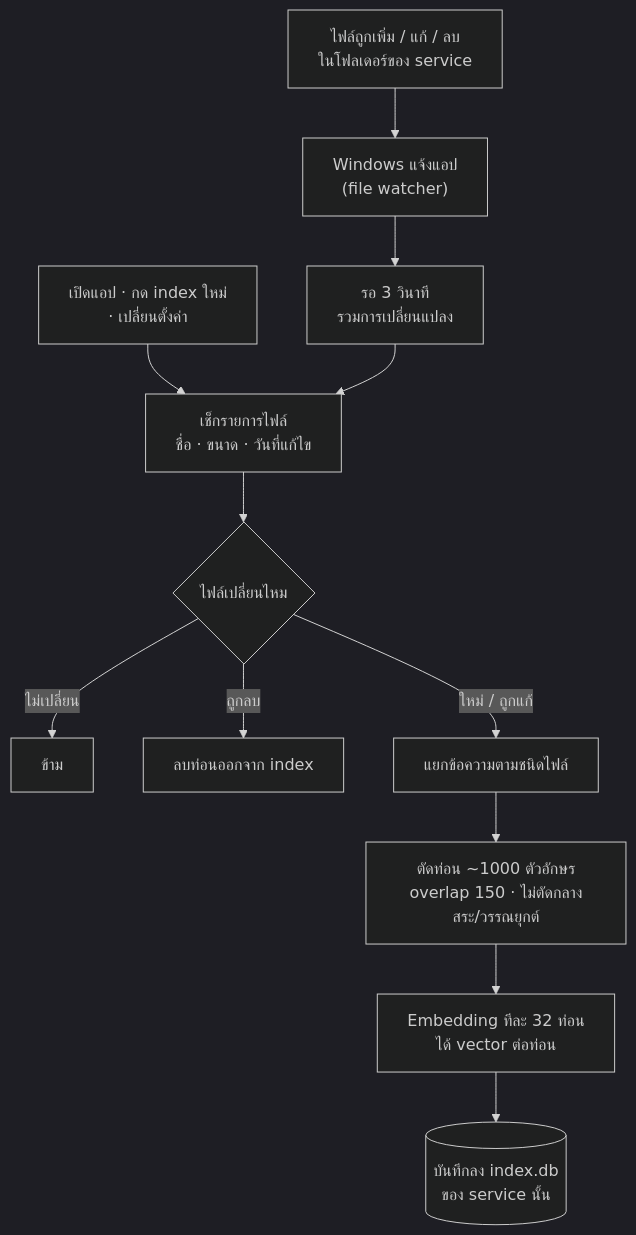
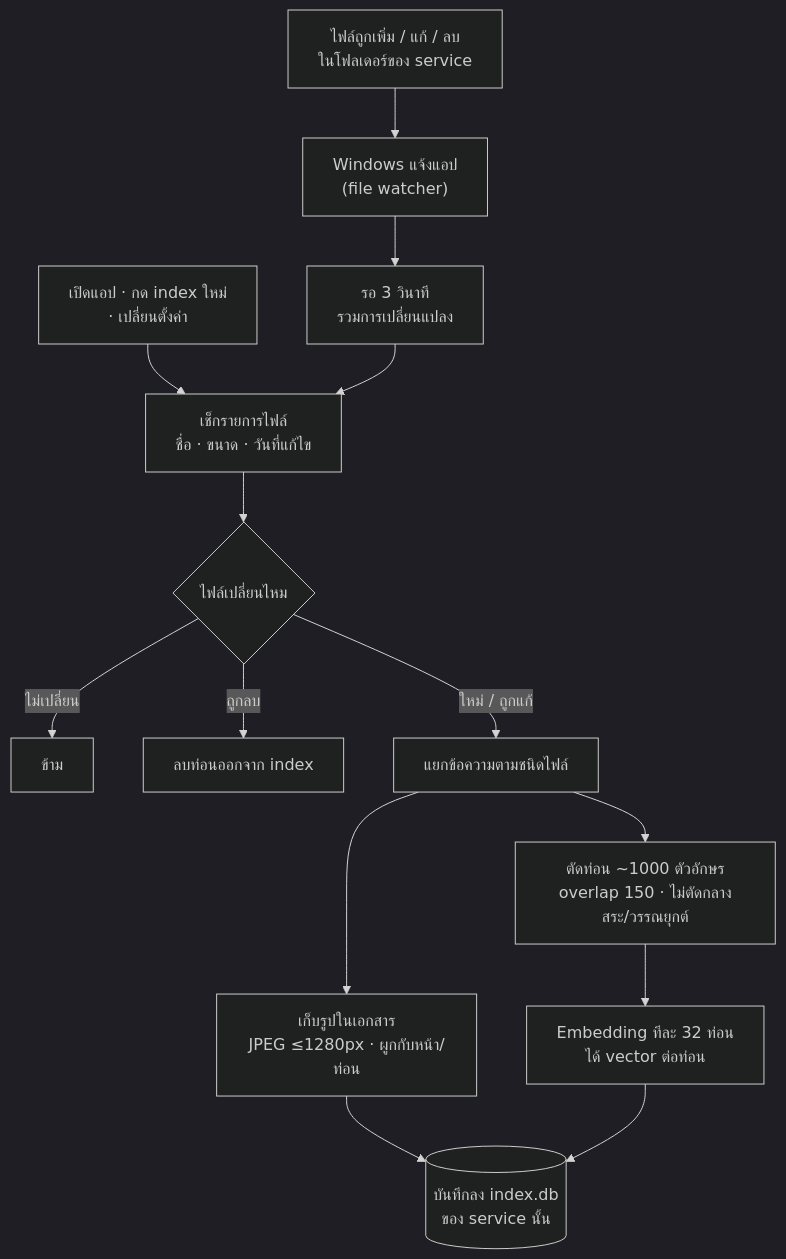
One commit to bebarboss/local_notebook changed the second of 5 diagrams in README.md. Above: the diagram before and after it, drawn with Mermaid (dark theme). The commit also changed other lines of this file and 26 other files, not shown here.

````diff
--- a/README.md
+++ b/README.md
@@ -72,13 +76,15 @@
 ```mermaid
 flowchart TD
     A["ไฟล์ถูกเพิ่ม / แก้ / ลบ<br/>ในโฟลเดอร์ของ service"] --> B["Windows แจ้งแอป<br/>(file watcher)"]
     S["เปิดแอป · กด index ใหม่<br/>· เปลี่ยนตั้งค่า"] --> C
     B --> W["รอ 3 วินาที<br/>รวมการเปลี่ยนแปลง"] --> C["เช็กรายการไฟล์<br/>ชื่อ · ขนาด · วันที่แก้ไข"]
     C --> D{"ไฟล์เปลี่ยนไหม"}
     D -->|ไม่เปลี่ยน| SKIP["ข้าม"]
     D -->|ถูกลบ| DEL["ลบท่อนออกจาก index"]
     D -->|ใหม่ / ถูกแก้| E["แยกข้อความตามชนิดไฟล์"]
     E --> G["ตัดท่อน ~1000 ตัวอักษร<br/>overlap 150 · ไม่ตัดกลางสระ/วรรณยุกต์"]
+    E --> P["เก็บรูปในเอกสาร<br/>JPEG ≤1280px · ผูกกับหน้า/ท่อน"]
+    P --> I
     G --> H["Embedding ทีละ 32 ท่อน<br/>ได้ vector ต่อท่อน"]
     H --> I[("บันทึกลง index.db<br/>ของ service นั้น")]
 ```
````
